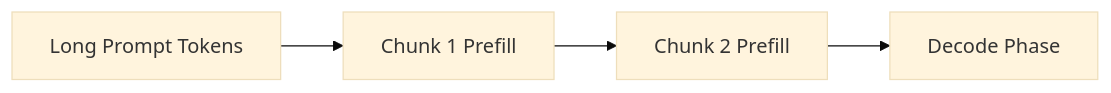
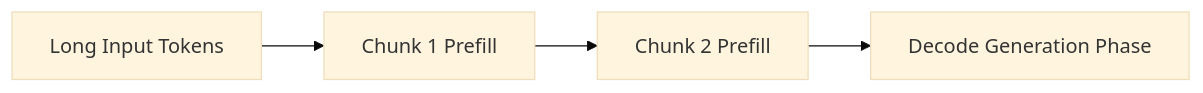
The fourth of 6 diagrams in docs/features.md (Ammar-Alnagar/mini-sglang-rs), drawn with Mermaid (base theme) before and after one commit. The commit also changed other lines of this file and 4 other files, not shown here.

First line of the commit message:
Update documentation and system diagrams (#4)

````diff
--- a/docs/features.md
+++ b/docs/features.md
@@ -68,6 +85,6 @@
 ```mermaid
 flowchart LR
-    LongPrompt[Long Prompt Tokens] --> Chunk1[Chunk 1 Prefill]
-    Chunk1 --> Chunk2[Chunk 2 Prefill]
-    Chunk2 --> Decode[Decode Phase]
+    LongPrompt["Long Input Tokens"] --> Chunk1["Chunk 1 Prefill"]
+    Chunk1 --> Chunk2["Chunk 2 Prefill"]
+    Chunk2 --> Decode["Decode Generation Phase"]
 ```
````
